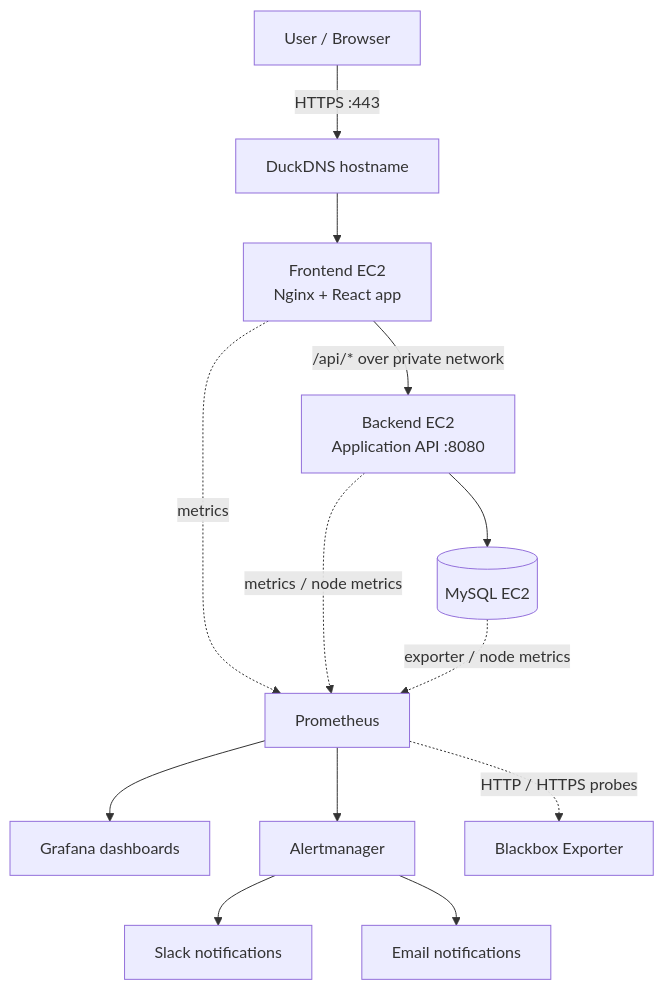
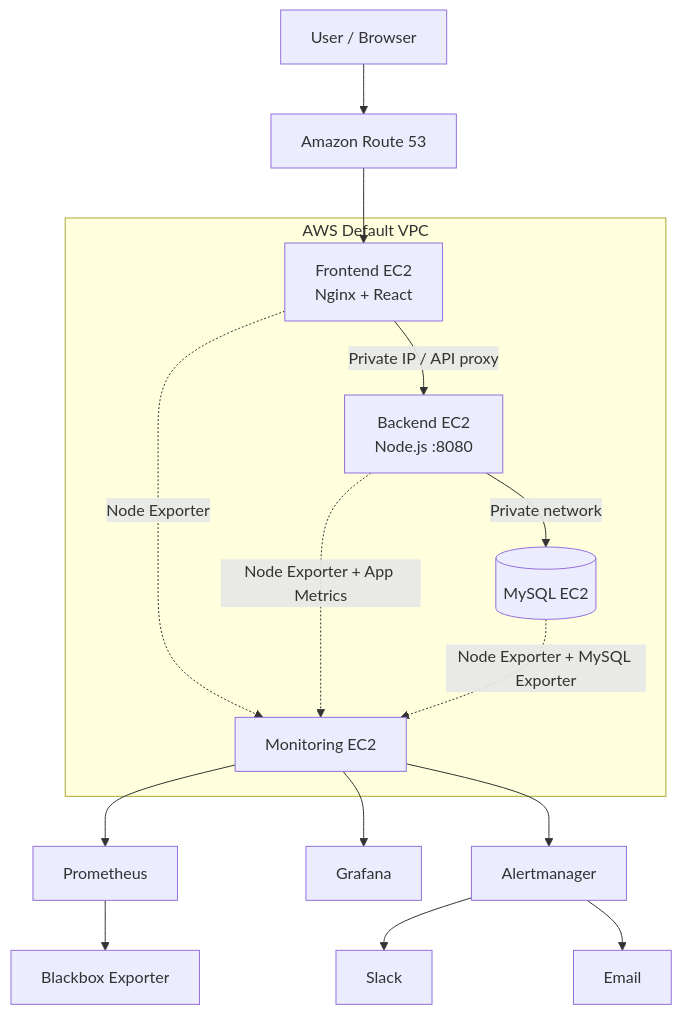
The diagram in README.md (dhanushgs7/Expense-App-Observability), drawn with Mermaid before and after one commit. The commit also changed other lines of this file, not shown here.

````diff
--- a/README.md
+++ b/README.md
@@ -22,15 +7,25 @@
 ```mermaid
 flowchart TB
-    U[User / Browser] -->|HTTPS :443| DNS[DuckDNS hostname]
-    DNS --> FE[Frontend EC2<br/>Nginx + React app]
-    FE -->|/api/* over private network| BE[Backend EC2<br/>Application API :8080]
-    BE --> DB[(MySQL EC2)]
-    FE -. metrics .-> P[Prometheus]
-    BE -. metrics / node metrics .-> P
-    DB -. exporter / node metrics .-> P
-    P --> G[Grafana dashboards]
-    P --> A[Alertmanager]
-    A --> S[Slack notifications]
-    A --> E[Email notifications]
-    P -. HTTP / HTTPS probes .-> BB[Blackbox Exporter]
+    U[User / Browser] --> DNS[Amazon Route 53]
+    DNS --> FE[Frontend EC2<br/>Nginx + React]
+    FE -->|Private IP / API proxy| BE[Backend EC2<br/>Node.js :8080]
+    BE -->|Private network| DB[(MySQL EC2)]
+
+    subgraph AWS[AWS Default VPC]
+        FE
+        BE
+        DB
+        MON[Monitoring EC2]
+    end
+
+    FE -. Node Exporter .-> MON
+    BE -. Node Exporter + App Metrics .-> MON
+    DB -. Node Exporter + MySQL Exporter .-> MON
+
+    MON --> P[Prometheus]
+    MON --> G[Grafana]
+    MON --> AM[Alertmanager]
+    P --> BB[Blackbox Exporter]
+    AM --> S[Slack]
+    AM --> E[Email]
 ```
````
